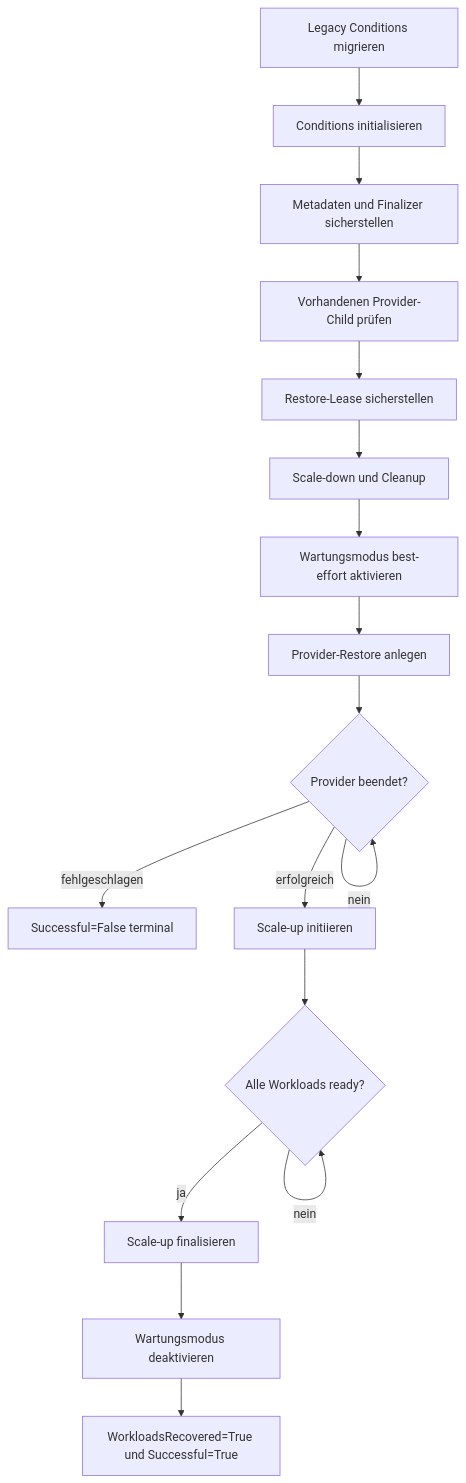
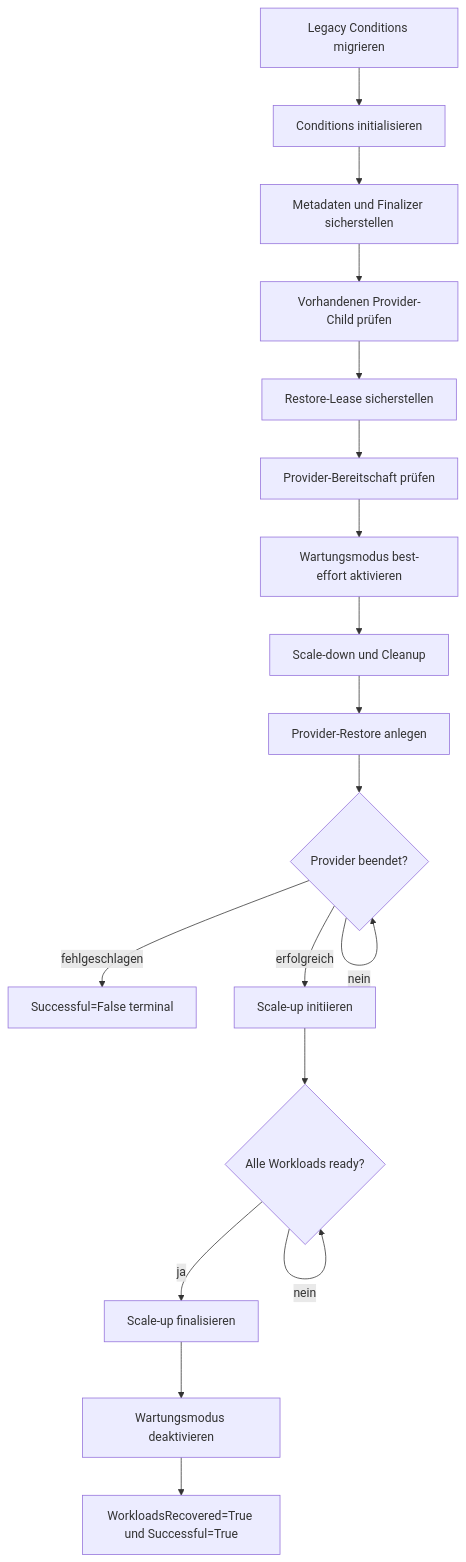
Before and after one commit to cloudogu/k8s-backup-operator: the second of 3 diagrams in docs/development/restore/restore_process_de.md, drawn with Mermaid. The commit also changed other lines of this file and 3 other files, not shown here.

````diff
--- a/docs/development/restore/restore_process_de.md
+++ b/docs/development/restore/restore_process_de.md
@@ -43,19 +43,20 @@
 ```mermaid
 flowchart TD
     A[Legacy Conditions migrieren] --> B[Conditions initialisieren]
     B --> C[Metadaten und Finalizer sicherstellen]
     C --> D[Vorhandenen Provider-Child prüfen]
     D --> E[Restore-Lease sicherstellen]
-    E --> F[Scale-down und Cleanup]
-    F --> FM[Wartungsmodus best-effort aktivieren]
-    FM --> G[Provider-Restore anlegen]
+    E --> PR[Provider-Bereitschaft prüfen]
+    PR --> FM[Wartungsmodus best-effort aktivieren]
+    FM --> F[Scale-down und Cleanup]
+    F --> G[Provider-Restore anlegen]
     G --> H{Provider beendet?}
     H -- nein --> H
     H -- fehlgeschlagen --> X[Successful=False terminal]
     H -- erfolgreich --> J[Scale-up initiieren]
     J --> K{Alle Workloads ready?}
     K -- nein --> K
     K -- ja --> L[Scale-up finalisieren]
     L --> M[Wartungsmodus deaktivieren]
     M --> N[WorkloadsRecovered=True und Successful=True]
 ```
````
